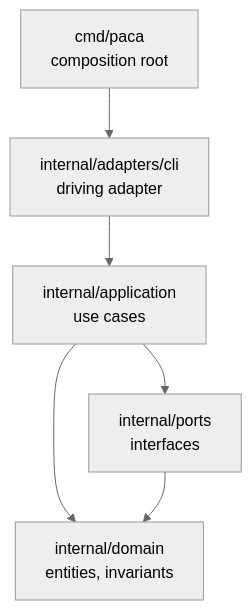
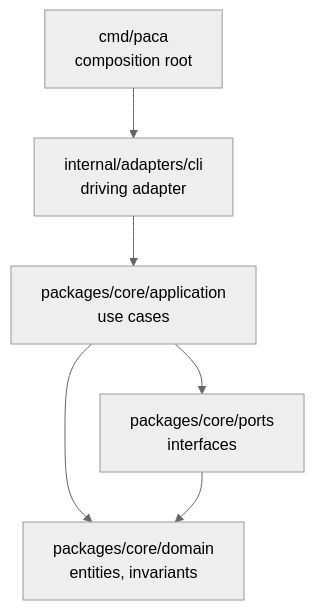
One commit to witsaba/paca changed the diagram in docs/architecture/backend-scaffold.md. Above: the diagram before and after it, drawn with Mermaid (neutral theme). The commit also changed other lines of this file and 16 other files, not shown here.

First line of the commit message:
feat(mcp): extract the shared core into the packages/core module (#8)

````diff
--- a/docs/architecture/backend-scaffold.md
+++ b/docs/architecture/backend-scaffold.md
@@ -53,8 +60,8 @@
 ```mermaid
 graph TD
     cmd["cmd/paca<br/>composition root"] --> adapter["internal/adapters/cli<br/>driving adapter"]
-    adapter --> app["internal/application<br/>use cases"]
-    app --> ports["internal/ports<br/>interfaces"]
-    app --> domain["internal/domain<br/>entities, invariants"]
+    adapter --> app["packages/core/application<br/>use cases"]
+    app --> ports["packages/core/ports<br/>interfaces"]
+    app --> domain["packages/core/domain<br/>entities, invariants"]
     ports --> domain
 ```
````
